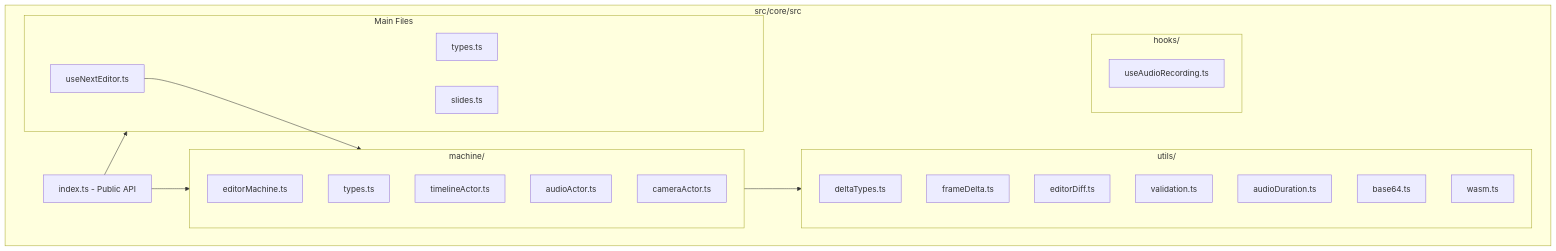
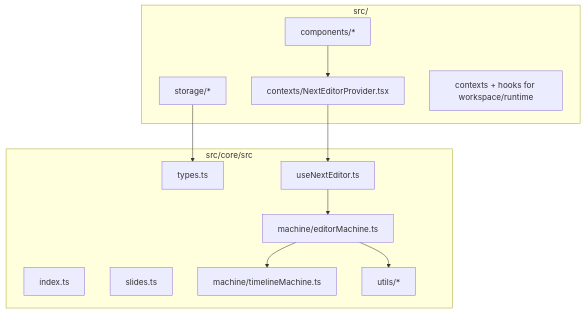
One commit to channyeintun/next-editor changed the first of 3 diagrams in docs/core.md. Above: the diagram before and after it, drawn with Mermaid. The commit also changed other lines of this file and 4 other files, not shown here.

````diff
--- a/docs/core.md
+++ b/docs/core.md
@@ -9,39 +7,26 @@
 ```mermaid
 flowchart TB
-    subgraph Core["src/core/src"]
-        Index[index.ts - Public API]
+  subgraph Core["src/core/src"]
+    Index[index.ts]
+    Types[types.ts]
+    Slides[slides.ts]
+    Hook[useNextEditor.ts]
+    Machine[machine/editorMachine.ts]
+    Timeline[machine/timelineMachine.ts]
+    Utils[utils/*]
+  end
 
-        subgraph Main["Main Files"]
-            Types[types.ts]
-            Slides[slides.ts]
-            UseNextEditor[useNextEditor.ts]
-        end
+  subgraph App["src/"]
+    Provider[contexts/NextEditorProvider.tsx]
+    Components[components/*]
+    Storage[storage/*]
+    Runtime[contexts + hooks for workspace/runtime]
+  end
 
-        subgraph Machine["machine/"]
-            EditorMachine[editorMachine.ts]
-            MachineTypes[types.ts]
-            TimelineActor[timelineActor.ts]
-            AudioActor[audioActor.ts]
-            CameraActor[cameraActor.ts]
-        end
-
-        subgraph Utils["utils/"]
-            DeltaTypes[deltaTypes.ts]
-            FrameDelta[frameDelta.ts]
-            EditorDiff[editorDiff.ts]
-            Validation[validation.ts]
-            AudioDuration[audioDuration.ts]
-            Base64[base64.ts]
-            Wasm[wasm.ts]
-        end
-
-        subgraph Hooks["hooks/"]
-            UseAudioRecording[useAudioRecording.ts]
-        end
-    end
-
-    Index --> Main
-    Index --> Machine
-    UseNextEditor --> Machine
-    Machine --> Utils
+  Components --> Provider
+  Provider --> Hook
+  Hook --> Machine
+  Machine --> Timeline
+  Machine --> Utils
+  Storage --> Types
 ```
````
